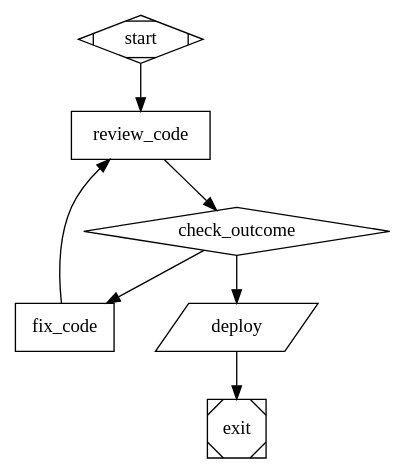
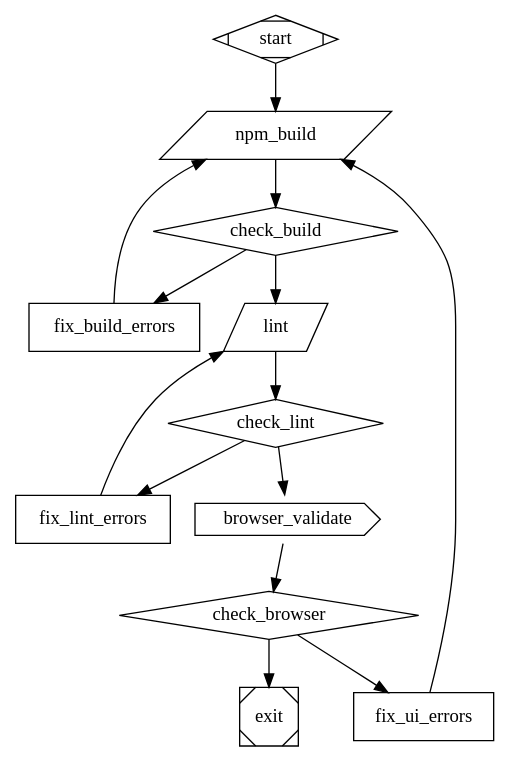
The second of 2 diagrams in README.md (ArgaLabs/attractor-visual-builder), drawn with Graphviz before and after one commit. The commit also changed other lines of this file and 3 other files, not shown here.

````diff
--- a/README.md
+++ b/README.md
@@ -200,19 +320,37 @@
 ```dot
-digraph CodeReview {
-    graph [goal="...your code...", model_stylesheet="* { llm_model: claude-sonnet-4-5; }"]
+digraph WebAppPipeline {
+    graph [goal="Build, lint, and browser-validate the frontend app",
+           model_stylesheet="* { llm_model: claude-sonnet-4-5; }"]
 
-    start          [shape=Mdiamond]
-    review_code    [shape=box, prompt="Review the following code for bugs: $goal"]
-    check_outcome  [shape=diamond]
-    fix_code       [shape=box, prompt="Fix the issues found in the review."]
-    deploy         [shape=parallelogram, command="./deploy.sh"]
-    exit           [shape=Msquare]
+    start            [shape=Mdiamond]
+    npm_build        [shape=parallelogram, command="npm run build"]
+    check_build      [shape=diamond]
+    fix_build_errors [shape=box,
+                      prompt="The build failed: ${tool.stdout}. Fix the errors."]
+    lint             [shape=parallelogram, command="npx eslint src/ --max-warnings 0"]
+    check_lint       [shape=diamond]
+    fix_lint_errors  [shape=box,
+                      prompt="ESLint found errors: ${tool.stdout}. Fix all of them."]
+    browser_validate [shape=cds, url="https://my-playwright-service.internal/validate",
+                      method="POST",
+                      body="{\"url\": \"http://localhost:3000\"}"]
+    check_browser    [shape=diamond]
+    fix_ui_errors    [shape=box,
+                      prompt="Browser validation failed: ${http.body}. Fix the UI issues."]
+    exit             [shape=Msquare]
 
-    start         -> review_code
-    review_code   -> check_outcome
-    check_outcome -> fix_code   [condition="outcome=failure"]
-    check_outcome -> deploy     [condition="outcome=success"]
-    fix_code      -> review_code
-    deploy        -> exit
+    start            -> npm_build
+    npm_build        -> check_build
+    check_build      -> fix_build_errors  [condition="outcome=failure"]
+    fix_build_errors -> npm_build
+    check_build      -> lint              [condition="outcome=success"]
+    lint             -> check_lint
+    check_lint       -> fix_lint_errors   [condition="outcome=failure"]
+    fix_lint_errors  -> lint
+    check_lint       -> browser_validate  [condition="outcome=success"]
+    browser_validate -> check_browser
+    check_browser    -> fix_ui_errors     [condition="outcome=failure"]
+    fix_ui_errors    -> npm_build
+    check_browser    -> exit              [condition="outcome=success"]
 }
 ```
````
